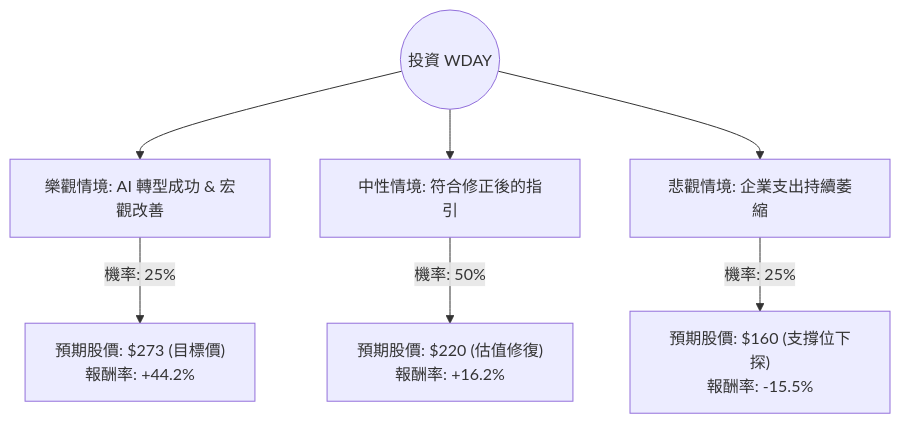
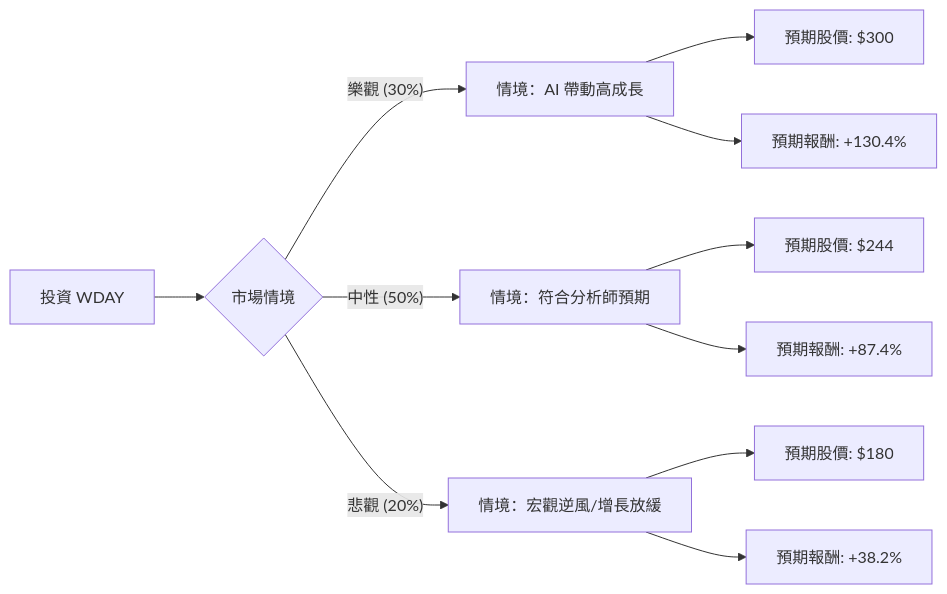
The diagram in plugin-react/ai-analysis/ev-analysis/WDAY.md (zmcx16/zmcx16.github.io), drawn with Mermaid before and after one commit. The commit also changed other lines of this file and 85 other files, not shown here.

````diff
--- a/plugin-react/ai-analysis/ev-analysis/WDAY.md
+++ b/plugin-react/ai-analysis/ev-analysis/WDAY.md
@@ -19,10 +17,16 @@
 ```mermaid
-graph TD
-    Start((投資 WDAY)) --> Bull[樂觀情境: AI 轉型成功 & 宏觀改善]
-    Start --> Base[中性情境: 符合修正後的指引]
-    Start --> Bear[悲觀情境: 企業支出持續萎縮]
-
-    Bull -- "機率: 25%" --> BullVal["預期股價: $273 (目標價)<br/>報酬率: +44.2%"]
-    Base -- "機率: 50%" --> BaseVal["預期股價: $220 (估值修復)<br/>報酬率: +16.2%"]
-    Bear -- "機率: 25%" --> BearVal["預期股價: $160 (支撐位下探)<br/>報酬率: -15.5%"]
+graph LR
+    A[投資 WDAY] --> B{市場情境}
+    
+    B -- 樂觀 (30%) --> C[情境：AI 帶動高成長]
+    C --> C1[預期股價: $300]
+    C --> C2[預期報酬: +130.4%]
+    
+    B -- 中性 (50%) --> D[情境：符合分析師預期]
+    D --> D1[預期股價: $244]
+    D --> D2[預期報酬: +87.4%]
+    
+    B -- 悲觀 (20%) --> E[情境：宏觀逆風/增長放緩]
+    E --> E1[預期股價: $180]
+    E --> E2[預期報酬: +38.2%]
 ```
````
